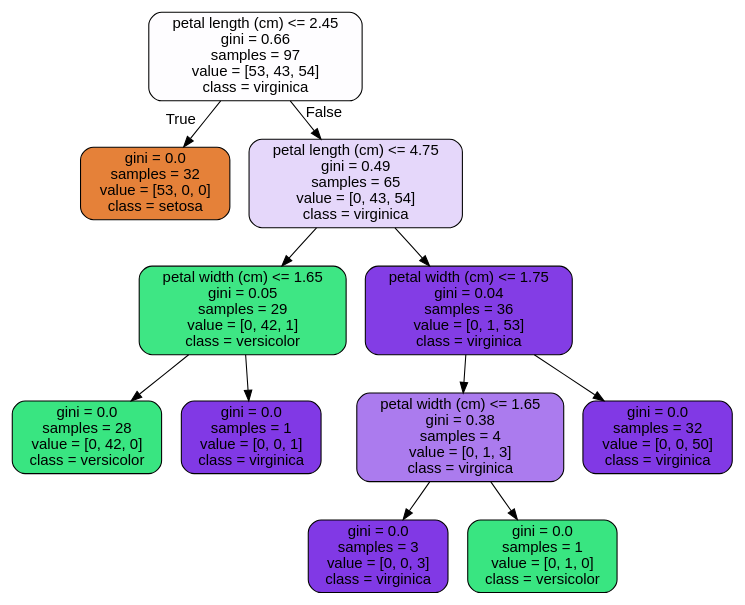
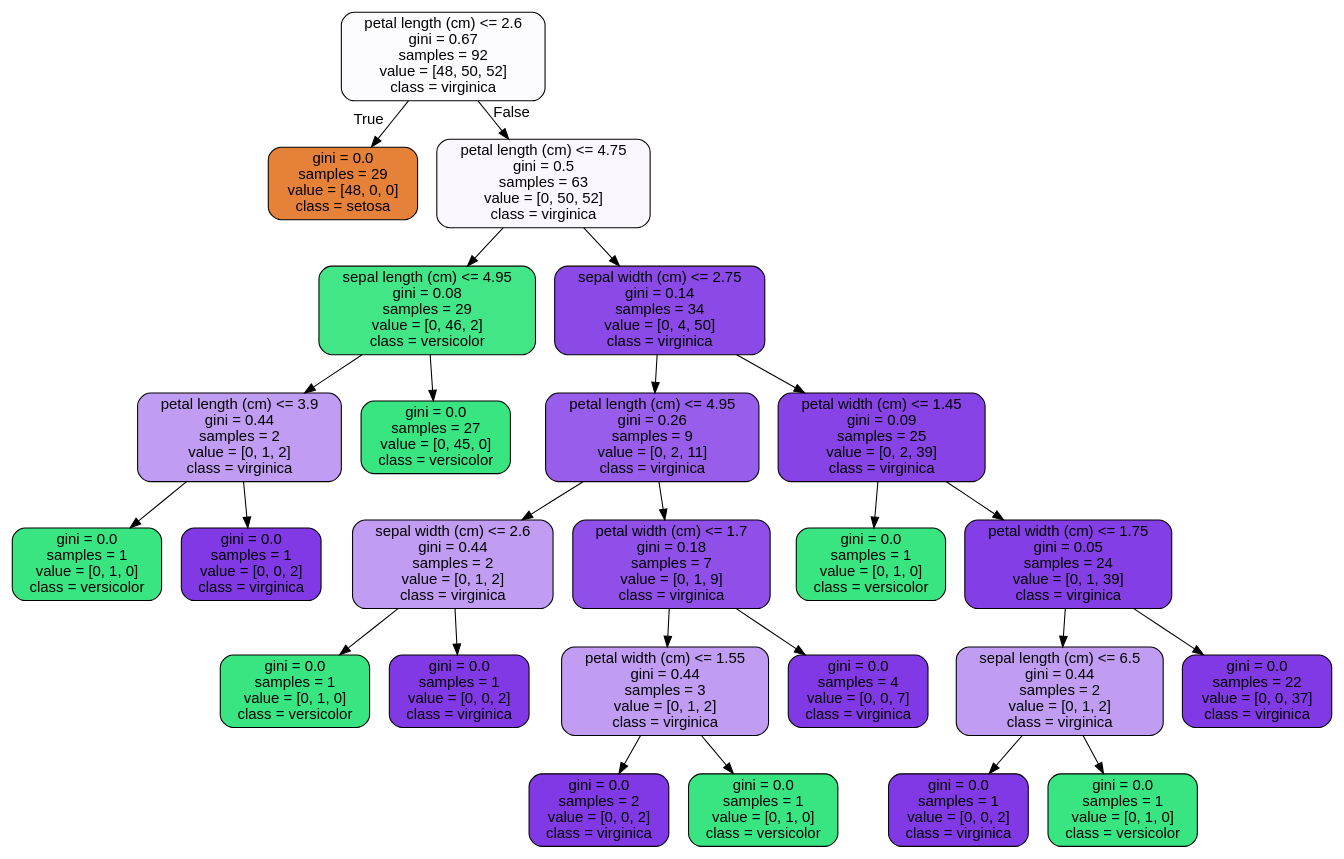
The diagram in tree.dot (gabbycjames/RandomForest), drawn with Graphviz before and after one commit. The commit also changed 3 other files, not shown here.

```diff
--- a/tree.dot
+++ b/tree.dot
@@ -1,25 +1,53 @@
 digraph Tree {
 node [shape=box, style="filled, rounded", color="black", fontname="helvetica"] ;
 edge [fontname="helvetica"] ;
-0 [label="petal length (cm) <= 2.45\ngini = 0.66\nsamples = 97\nvalue = [53, 43, 54]\nclass = virginica", fillcolor="#fefdff"] ;
-1 [label="gini = 0.0\nsamples = 32\nvalue = [53, 0, 0]\nclass = setosa", fillcolor="#e58139"] ;
+0 [label="petal length (cm) <= 2.6\ngini = 0.67\nsamples = 92\nvalue = [48, 50, 52]\nclass = virginica", fillcolor="#fcfbfe"] ;
+1 [label="gini = 0.0\nsamples = 29\nvalue = [48, 0, 0]\nclass = setosa", fillcolor="#e58139"] ;
 0 -> 1 [labeldistance=2.5, labelangle=45, headlabel="True"] ;
-2 [label="petal length (cm) <= 4.75\ngini = 0.49\nsamples = 65\nvalue = [0, 43, 54]\nclass = virginica", fillcolor="#e5d7fa"] ;
+2 [label="petal length (cm) <= 4.75\ngini = 0.5\nsamples = 63\nvalue = [0, 50, 52]\nclass = virginica", fillcolor="#faf7fe"] ;
 0 -> 2 [labeldistance=2.5, labelangle=-45, headlabel="False"] ;
-3 [label="petal width (cm) <= 1.65\ngini = 0.05\nsamples = 29\nvalue = [0, 42, 1]\nclass = versicolor", fillcolor="#3ee684"] ;
+3 [label="sepal length (cm) <= 4.95\ngini = 0.08\nsamples = 29\nvalue = [0, 46, 2]\nclass = versicolor", fillcolor="#42e686"] ;
 2 -> 3 ;
-4 [label="gini = 0.0\nsamples = 28\nvalue = [0, 42, 0]\nclass = versicolor", fillcolor="#39e581"] ;
+4 [label="petal length (cm) <= 3.9\ngini = 0.44\nsamples = 2\nvalue = [0, 1, 2]\nclass = virginica", fillcolor="#c09cf2"] ;
 3 -> 4 ;
-5 [label="gini = 0.0\nsamples = 1\nvalue = [0, 0, 1]\nclass = virginica", fillcolor="#8139e5"] ;
-3 -> 5 ;
-6 [label="petal width (cm) <= 1.75\ngini = 0.04\nsamples = 36\nvalue = [0, 1, 53]\nclass = virginica", fillcolor="#833de5"] ;
-2 -> 6 ;
-7 [label="petal width (cm) <= 1.65\ngini = 0.38\nsamples = 4\nvalue = [0, 1, 3]\nclass = virginica", fillcolor="#ab7bee"] ;
-6 -> 7 ;
-8 [label="gini = 0.0\nsamples = 3\nvalue = [0, 0, 3]\nclass = virginica", fillcolor="#8139e5"] ;
-7 -> 8 ;
-9 [label="gini = 0.0\nsamples = 1\nvalue = [0, 1, 0]\nclass = versicolor", fillcolor="#39e581"] ;
-7 -> 9 ;
-10 [label="gini = 0.0\nsamples = 32\nvalue = [0, 0, 50]\nclass = virginica", fillcolor="#8139e5"] ;
-6 -> 10 ;
+5 [label="gini = 0.0\nsamples = 1\nvalue = [0, 1, 0]\nclass = versicolor", fillcolor="#39e581"] ;
+4 -> 5 ;
+6 [label="gini = 0.0\nsamples = 1\nvalue = [0, 0, 2]\nclass = virginica", fillcolor="#8139e5"] ;
+4 -> 6 ;
+7 [label="gini = 0.0\nsamples = 27\nvalue = [0, 45, 0]\nclass = versicolor", fillcolor="#39e581"] ;
+3 -> 7 ;
+8 [label="sepal width (cm) <= 2.75\ngini = 0.14\nsamples = 34\nvalue = [0, 4, 50]\nclass = virginica", fillcolor="#8b49e7"] ;
+2 -> 8 ;
+9 [label="petal length (cm) <= 4.95\ngini = 0.26\nsamples = 9\nvalue = [0, 2, 11]\nclass = virginica", fillcolor="#985dea"] ;
+8 -> 9 ;
+10 [label="sepal width (cm) <= 2.6\ngini = 0.44\nsamples = 2\nvalue = [0, 1, 2]\nclass = virginica", fillcolor="#c09cf2"] ;
+9 -> 10 ;
+11 [label="gini = 0.0\nsamples = 1\nvalue = [0, 1, 0]\nclass = versicolor", fillcolor="#39e581"] ;
+10 -> 11 ;
+12 [label="gini = 0.0\nsamples = 1\nvalue = [0, 0, 2]\nclass = virginica", fillcolor="#8139e5"] ;
+10 -> 12 ;
+13 [label="petal width (cm) <= 1.7\ngini = 0.18\nsamples = 7\nvalue = [0, 1, 9]\nclass = virginica", fillcolor="#8f4fe8"] ;
+9 -> 13 ;
+14 [label="petal width (cm) <= 1.55\ngini = 0.44\nsamples = 3\nvalue = [0, 1, 2]\nclass = virginica", fillcolor="#c09cf2"] ;
+13 -> 14 ;
+15 [label="gini = 0.0\nsamples = 2\nvalue = [0, 0, 2]\nclass = virginica", fillcolor="#8139e5"] ;
+14 -> 15 ;
+16 [label="gini = 0.0\nsamples = 1\nvalue = [0, 1, 0]\nclass = versicolor", fillcolor="#39e581"] ;
+14 -> 16 ;
+17 [label="gini = 0.0\nsamples = 4\nvalue = [0, 0, 7]\nclass = virginica", fillcolor="#8139e5"] ;
+13 -> 17 ;
+18 [label="petal width (cm) <= 1.45\ngini = 0.09\nsamples = 25\nvalue = [0, 2, 39]\nclass = virginica", fillcolor="#8743e6"] ;
+8 -> 18 ;
+19 [label="gini = 0.0\nsamples = 1\nvalue = [0, 1, 0]\nclass = versicolor", fillcolor="#39e581"] ;
+18 -> 19 ;
+20 [label="petal width (cm) <= 1.75\ngini = 0.05\nsamples = 24\nvalue = [0, 1, 39]\nclass = virginica", fillcolor="#843ee6"] ;
+18 -> 20 ;
+21 [label="sepal length (cm) <= 6.5\ngini = 0.44\nsamples = 2\nvalue = [0, 1, 2]\nclass = virginica", fillcolor="#c09cf2"] ;
+20 -> 21 ;
+22 [label="gini = 0.0\nsamples = 1\nvalue = [0, 0, 2]\nclass = virginica", fillcolor="#8139e5"] ;
+21 -> 22 ;
+23 [label="gini = 0.0\nsamples = 1\nvalue = [0, 1, 0]\nclass = versicolor", fillcolor="#39e581"] ;
+21 -> 23 ;
+24 [label="gini = 0.0\nsamples = 22\nvalue = [0, 0, 37]\nclass = virginica", fillcolor="#8139e5"] ;
+20 -> 24 ;
 }
```
